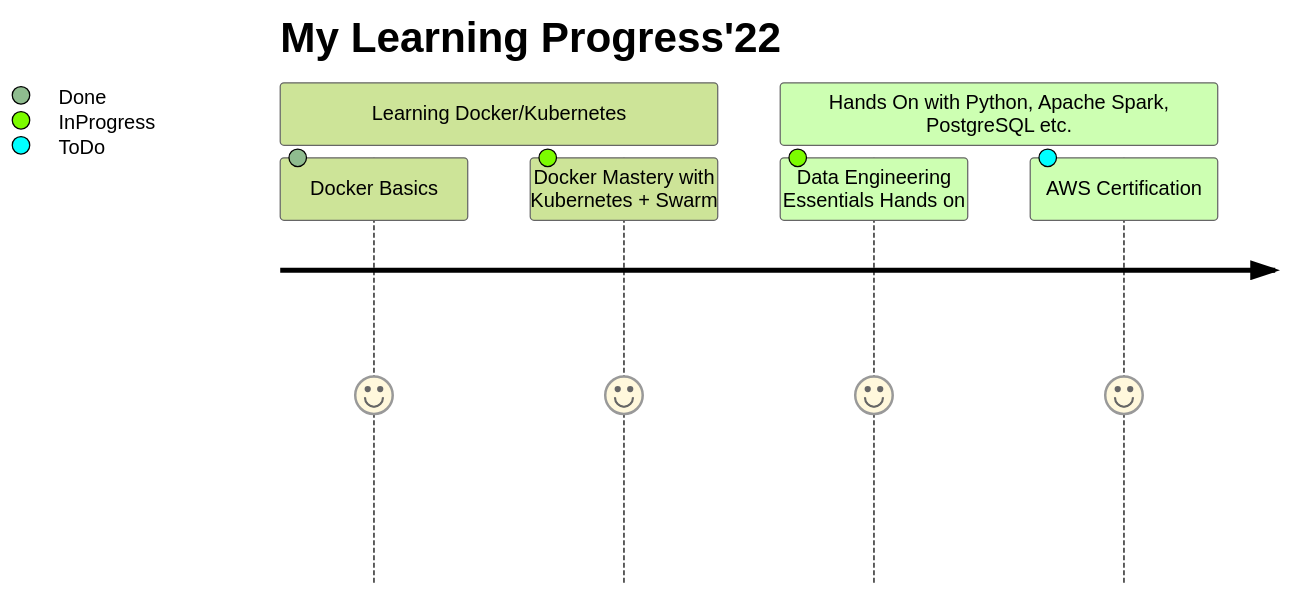
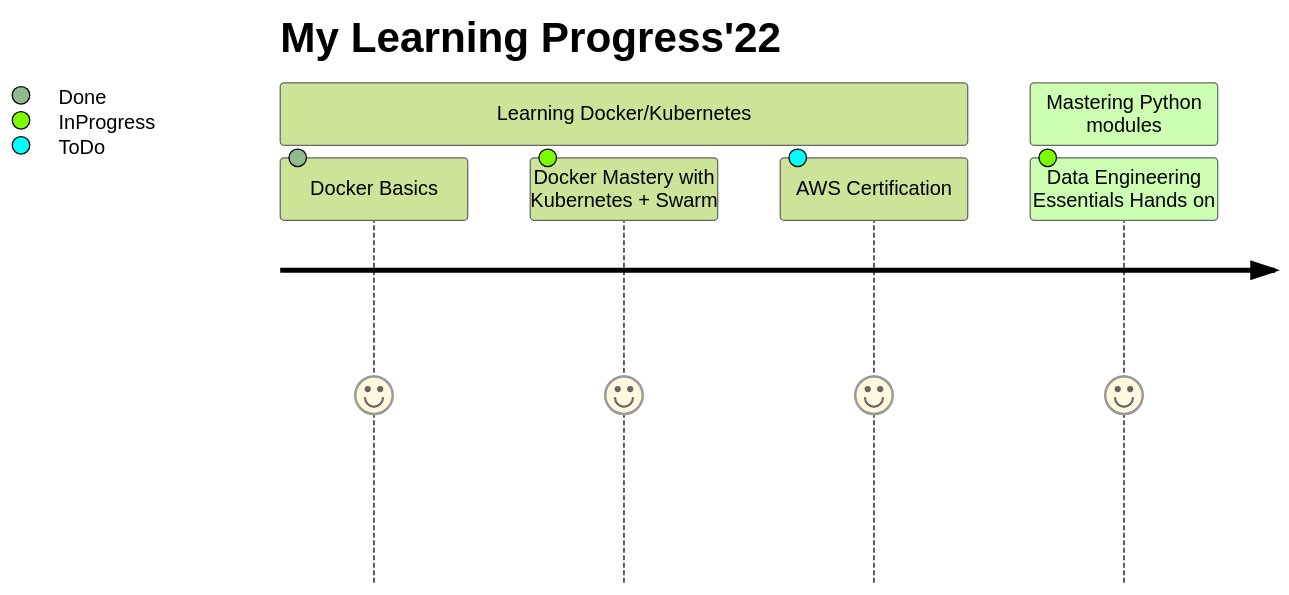
Before and after one commit to valaks-tech/valaks-tech: the diagram in README.md, drawn with Mermaid (forest theme).

````diff
--- a/README.md
+++ b/README.md
@@ -12,10 +12,10 @@
 ```mermaid
 journey
     title My Learning Progress'22
     section Learning Docker/Kubernetes
       Docker Basics: 5: Done
       Docker Mastery with Kubernetes + Swarm: 5: InProgress
-    section Hands On with Python, Apache Spark, PostgreSQL etc.
+      AWS Certification: 5: ToDo
+    section Mastering Python modules
       Data Engineering Essentials Hands on: 5: InProgress
-      AWS Certification: 5: ToDo
  ``` 
````
